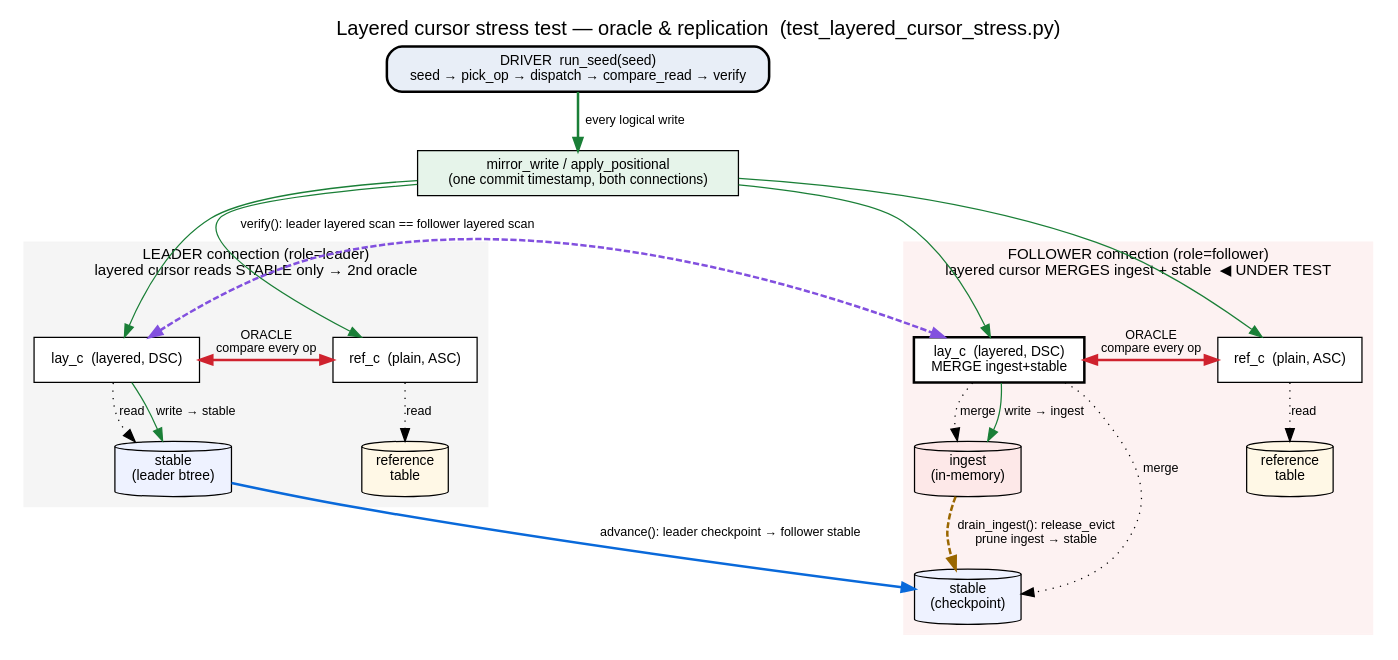
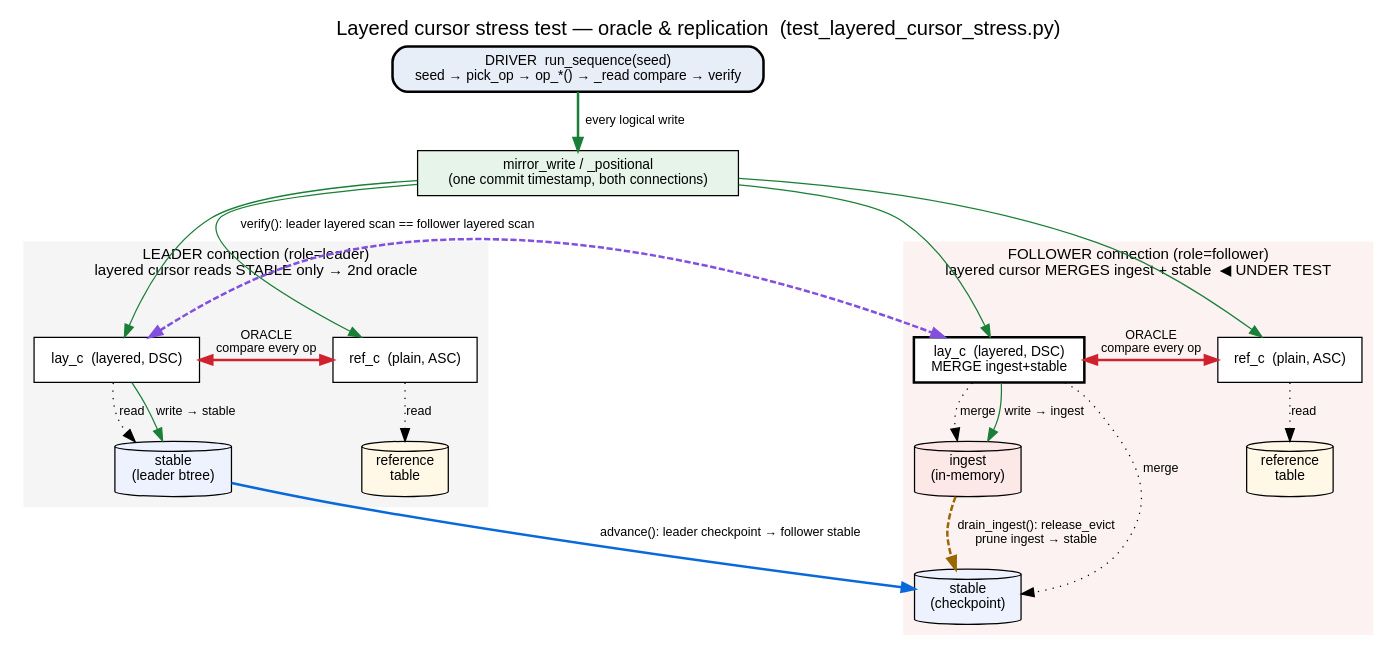
The diagram in layered_cursor_stress_test_architecture.dot (wiredtiger/wiredtiger), drawn with Graphviz before and after one commit. The commit also changed 6 other files, not shown here.

First line of the commit message:
Docs: sync architecture + plan to the OpSpec/no-string dispatch design

```diff
--- a/layered_cursor_stress_test_architecture.dot
+++ b/layered_cursor_stress_test_architecture.dot
@@ -1,61 +1,61 @@
 // Layered cursor stress test -- oracle & replication topology.
 // Render:  dot -Tsvg layered_cursor_stress_test_architecture.dot -o arch_topology.svg
 digraph layered_cursor_stress_topology {
   rankdir=TB;
   fontname="Helvetica"; labelloc=t; fontsize=16;
   label="Layered cursor stress test — oracle & replication  (test_layered_cursor_stress.py)";
   node [fontname="Helvetica", fontsize=11];
   edge [fontname="Helvetica", fontsize=10];
 
   driver [shape=box, style="rounded,filled", fillcolor="#e8eef7", penwidth=2,
-          label="DRIVER  run_seed(seed)\nseed → pick_op → dispatch → compare_read → verify"];
+          label="DRIVER  run_sequence(seed)\nseed → pick_op → op_*() → _read compare → verify"];
   mw [shape=box, style="filled", fillcolor="#e6f4ea",
-      label="mirror_write / apply_positional\n(one commit timestamp, both connections)"];
+      label="mirror_write / _positional\n(one commit timestamp, both connections)"];
   driver -> mw [color="#1a7f37", penwidth=2, label="every logical write"];
 
   // ---- LEADER ----
   subgraph cluster_leader {
     label="LEADER connection (role=leader)\nlayered cursor reads STABLE only → 2nd oracle";
     style=filled; color="#f5f5f5"; fontsize=12;
     Llay [shape=box, style=filled, fillcolor="#ffffff", label="lay_c  (layered, DSC)"];
     Lref [shape=box, style=filled, fillcolor="#ffffff", label="ref_c  (plain, ASC)"];
     Lstab [shape=cylinder, fillcolor="#eef2ff", style=filled, label="stable\n(leader btree)"];
     Lreft [shape=cylinder, fillcolor="#fff8e6", style=filled, label="reference\ntable"];
     Llay -> Lstab [style=dotted, label="read"];
     Lref -> Lreft [style=dotted, label="read"];
     Llay -> Lref [dir=both, color="#cf222e", penwidth=2, constraint=false,
                   label="ORACLE\ncompare every op"];
   }
 
   // ---- FOLLOWER ----
   subgraph cluster_follower {
     label="FOLLOWER connection (role=follower)\nlayered cursor MERGES ingest + stable  ◀ UNDER TEST";
     style=filled; color="#fdf2f2"; fontsize=12;
     Flay [shape=box, style="filled", fillcolor="#ffffff", penwidth=2, label="lay_c  (layered, DSC)\nMERGE ingest+stable"];
     Fref [shape=box, style=filled, fillcolor="#ffffff", label="ref_c  (plain, ASC)"];
     Fing [shape=cylinder, fillcolor="#fde8e8", style=filled, label="ingest\n(in-memory)"];
     Fstab [shape=cylinder, fillcolor="#eef2ff", style=filled, label="stable\n(checkpoint)"];
     Freft [shape=cylinder, fillcolor="#fff8e6", style=filled, label="reference\ntable"];
     Flay -> Fing [style=dotted, label="merge"];
     Flay -> Fstab [style=dotted, label="merge"];
     Fref -> Freft [style=dotted, label="read"];
     Flay -> Fref [dir=both, color="#cf222e", penwidth=2, constraint=false,
                   label="ORACLE\ncompare every op"];
   }
 
   // writes fan out to all four cursors; layered writes land in different constituents
   mw -> Llay [color="#1a7f37"];
   mw -> Lref [color="#1a7f37"];
   mw -> Flay [color="#1a7f37"];
   mw -> Fref [color="#1a7f37"];
   Llay -> Lstab [color="#1a7f37", label="write → stable"];
   Flay -> Fing  [color="#1a7f37", label="write → ingest"];
 
   // replication + drain
   Lstab -> Fstab [color="#0969da", penwidth=2, label="advance(): leader checkpoint → follower stable"];
   Fing  -> Fstab [color="#9a6700", style=dashed, penwidth=2, label="drain_ingest(): release_evict\nprune ingest → stable"];
 
   // cross-node verify oracle
   Llay -> Flay [dir=both, color="#8250df", penwidth=2, style=dashed, constraint=false,
                 label="verify(): leader layered scan == follower layered scan"];
 }
```
